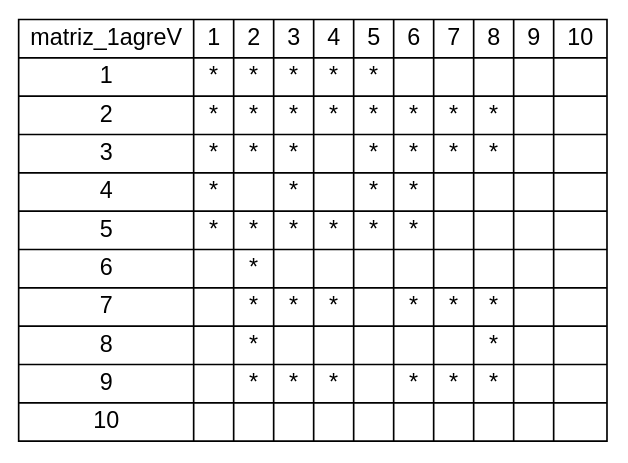
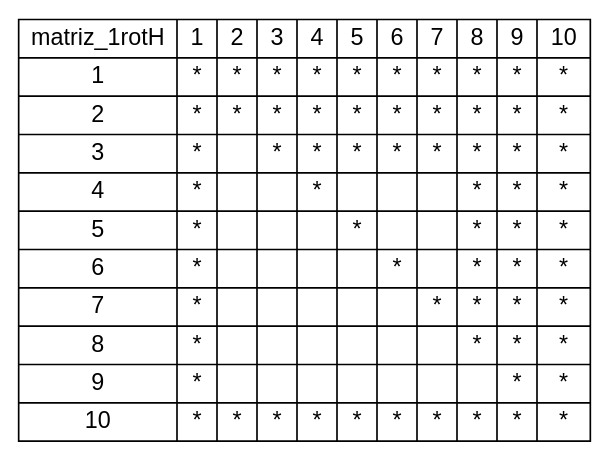
One commit to DarlenyY/IPC2_Proyecto2_201902209 changed the diagram in Reporte.dot. Above: the diagram before and after it, drawn with Graphviz. The commit also changed 5 other files, not shown here.

```diff
--- a/Reporte.dot
+++ b/Reporte.dot
@@ -1,1 +1,1 @@
-digraph G {node [fontname="Arial"];node_A [shape=record    label="{matriz_1agreV|1|2|3|4|5|6|7|8|9|10}|{1|*|*|*|*|*| | | | | }|{2|*|*|*| |*|*|*|*|*| }|{3|*|*|*|*|*| |*| |*| }|{4|*|*| | |*| |*| |*| }|{5|*|*|*|*|*| | | | | }|{6| |*|*|*|*| |*| |*| }|{7| |*|*| | | |*| |*| }|{8| |*|*| | | |*|*|*| }|{9| | | | | | | | | | }|{10| | | | | | | | | | }"];} 
+digraph G {node [fontname="Arial"];node_A [shape=record    label="{matriz_1rotH|1|2|3|4|5|6|7|8|9|10}|{1|*|*|*|*|*|*|*|*|*|*}|{2|*|*| | | | | | | |*}|{3|*|*|*| | | | | | |*}|{4|*|*|*|*| | | | | |*}|{5|*|*|*| |*| | | | |*}|{6|*|*|*| | |*| | | |*}|{7|*|*|*| | | |*| | |*}|{8|*|*|*|*|*|*|*|*| |*}|{9|*|*|*|*|*|*|*|*|*|*}|{10|*|*|*|*|*|*|*|*|*|*}"];} 
```
